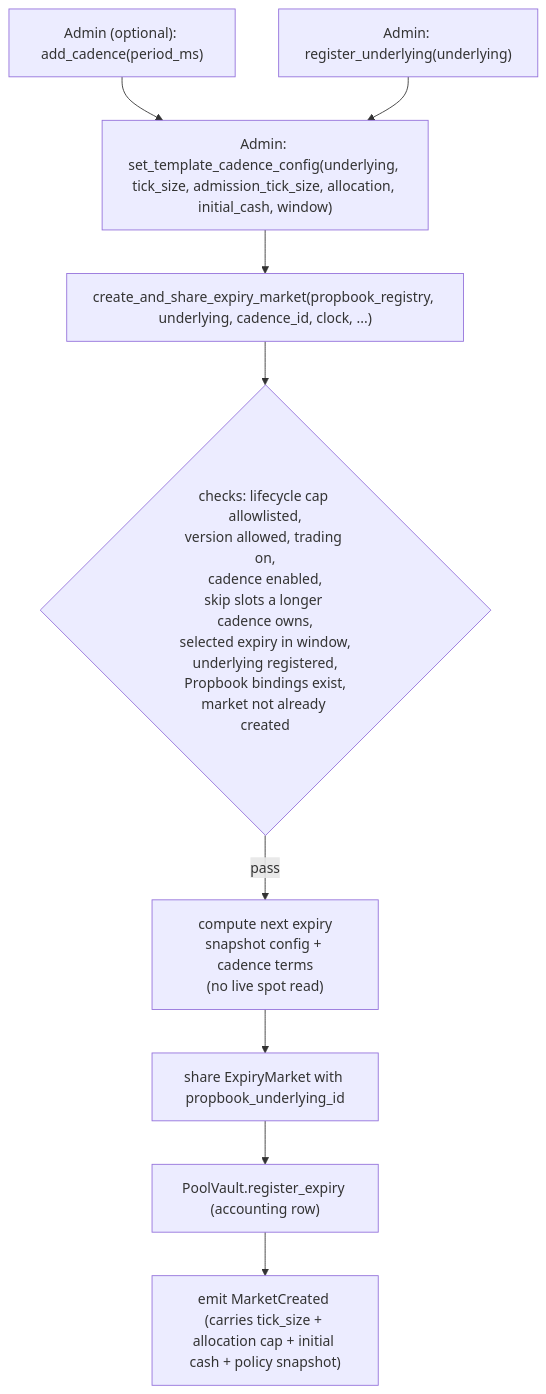
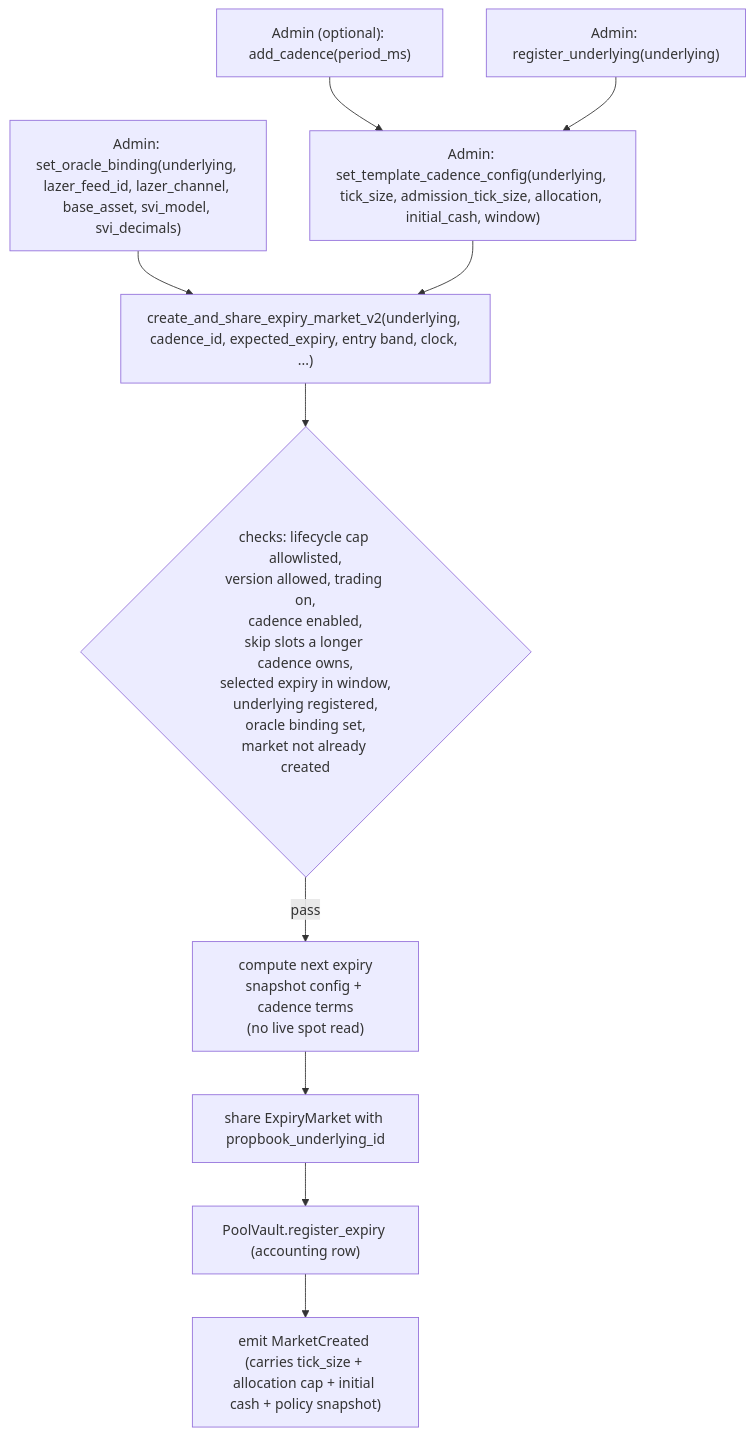
The first of 2 diagrams in packages/predict/docs/concepts/markets-and-positions.md (MystenLabs/deepbookv3), drawn with Mermaid before and after one commit. The commit also changed other lines of this file and 18 other files, not shown here.

````diff
--- a/packages/predict/docs/concepts/markets-and-positions.md
+++ b/packages/predict/docs/concepts/markets-and-positions.md
@@ -28,11 +28,12 @@
 ```mermaid
 flowchart TD
   Z["Admin (optional): add_cadence(period_ms)"] --> B
   A["Admin: register_underlying(underlying)"] --> B["Admin: set_template_cadence_config(underlying, tick_size, admission_tick_size, allocation, initial_cash, window)"]
-  B --> C["create_and_share_expiry_market(propbook_registry, underlying, cadence_id, clock, ...)"]
-  C --> D{"checks: lifecycle cap allowlisted,<br/>version allowed, trading on,<br/>cadence enabled,<br/>skip slots a longer cadence owns,<br/>selected expiry in window,<br/>underlying registered,<br/>Propbook bindings exist,<br/>market not already created"}
+  Y["Admin: set_oracle_binding(underlying, lazer_feed_id, lazer_channel, base_asset, svi_model, svi_decimals)"] --> C
+  B --> C["create_and_share_expiry_market_v2(underlying, cadence_id, expected_expiry, entry band, clock, ...)"]
+  C --> D{"checks: lifecycle cap allowlisted,<br/>version allowed, trading on,<br/>cadence enabled,<br/>skip slots a longer cadence owns,<br/>selected expiry in window,<br/>underlying registered,<br/>oracle binding set,<br/>market not already created"}
   D -->|pass| E["compute next expiry<br/>snapshot config + cadence terms<br/>(no live spot read)"]
   E --> F["share ExpiryMarket with propbook_underlying_id"]
   F --> G["PoolVault.register_expiry (accounting row)"]
   G --> H["emit MarketCreated (carries tick_size + allocation cap + initial cash + policy snapshot)"]
 ```
````
